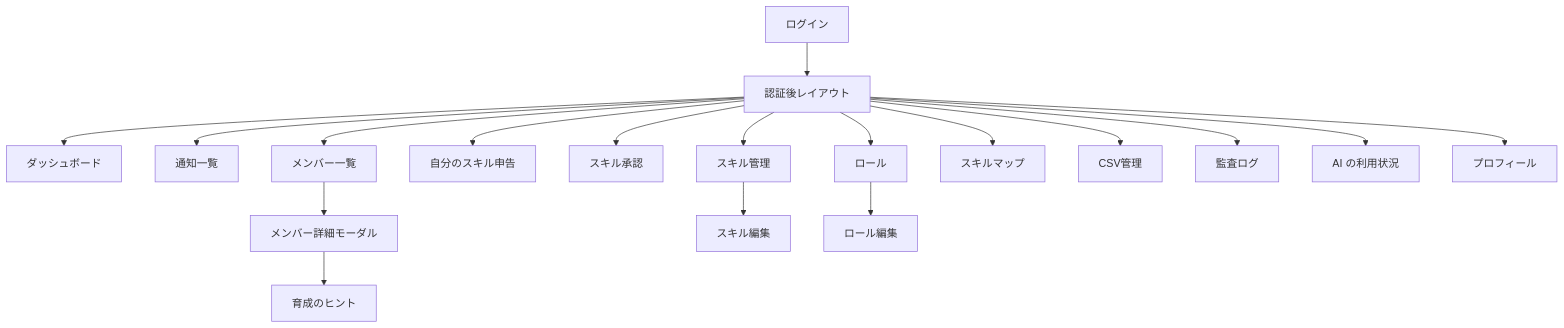
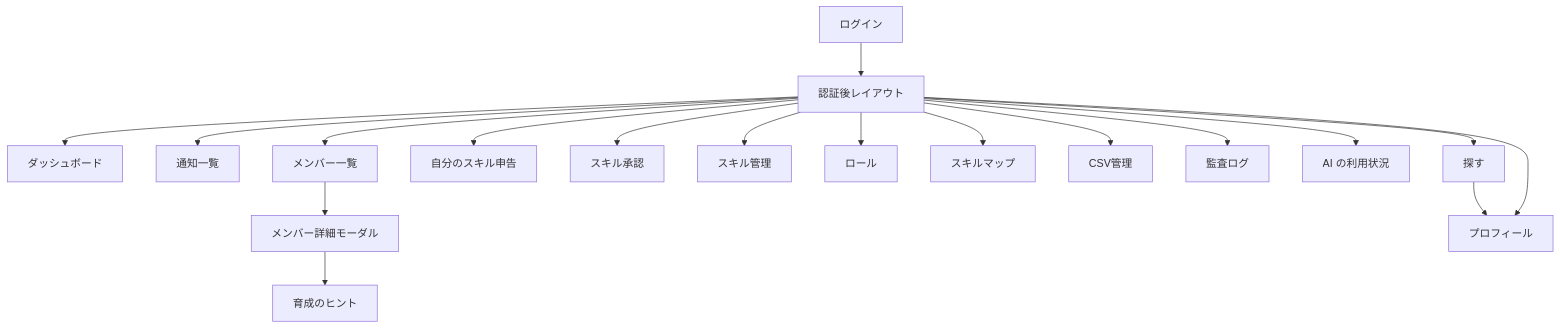
The first of 6 diagrams in docs/SCREEN_AND_FLOW.md (yoshiki-mizuho/Beijing-Talentmanegement), drawn with Mermaid before and after one commit. The commit also changed other lines of this file and 61 other files, not shown here.

````diff
--- a/docs/SCREEN_AND_FLOW.md
+++ b/docs/SCREEN_AND_FLOW.md
@@ -37,20 +37,20 @@
 ```mermaid
 flowchart TD
   Login[ログイン] --> App[認証後レイアウト]
   App --> Dashboard[ダッシュボード]
   App --> Notifications[通知一覧]
   App --> Members[メンバー一覧]
   Members --> MemberDetail[メンバー詳細モーダル]
   App --> MySkills[自分のスキル申告]
   App --> SkillApprovals[スキル承認]
   App --> Skills[スキル管理]
-  Skills --> SkillEdit[スキル編集]
   App --> Roles[ロール]
-  Roles --> RoleEdit[ロール編集]
   App --> SkillMap[スキルマップ]
   App --> Csv[CSV管理]
   App --> Audit[監査ログ]
   MemberDetail --> GrowthHints[育成のヒント]
   App --> AiUsage[AI の利用状況]
-  App --> Profile[プロフィール]
+  App --> Explore[探す]
+  Explore --> Profile[プロフィール]
+  App --> Profile
 ```
````
